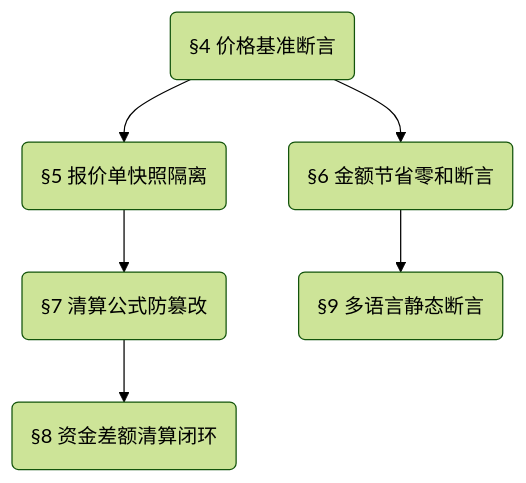
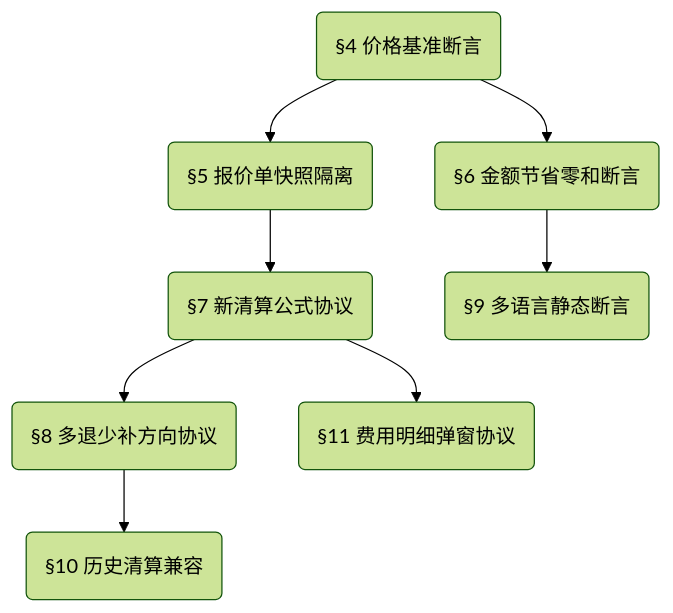
The diagram in 测试项目/收费体系调整/测试文档/superpowers.md (zhoulingxiao1216/testworkspace), drawn with Mermaid (forest theme) before and after one commit. The commit also changed other lines of this file and 305 other files, not shown here.

````diff
--- a/测试项目/收费体系调整/测试文档/superpowers.md
+++ b/测试项目/收费体系调整/测试文档/superpowers.md
@@ -27,8 +29,10 @@
 ```mermaid
 graph TD
     R1(§4 价格基准断言) --> R2(§5 报价单快照隔离)
     R1 --> R3(§6 金额节省零和断言)
-    R2 --> R4(§7 清算公式防篡改)
-    R4 --> R5(§8 资金差额清算闭环)
+    R2 --> R4(§7 新清算公式协议)
+    R4 --> R5(§8 多退少补方向协议)
+    R5 --> R7(§10 历史清算兼容)
+    R4 --> R8(§11 费用明细弹窗协议)
     R3 --> R6(§9 多语言静态断言)
 ```
````
